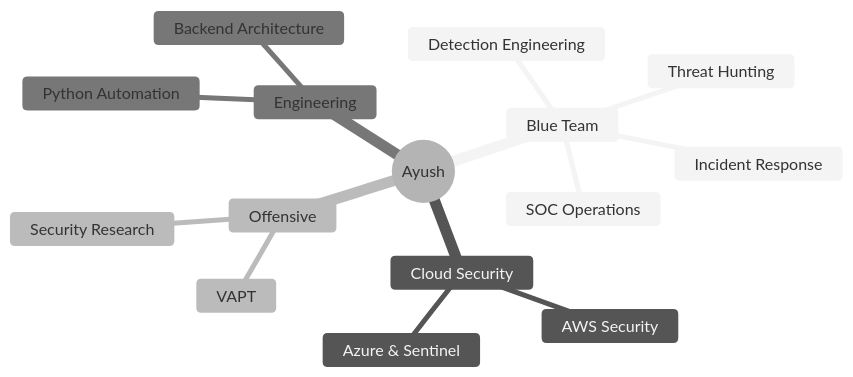
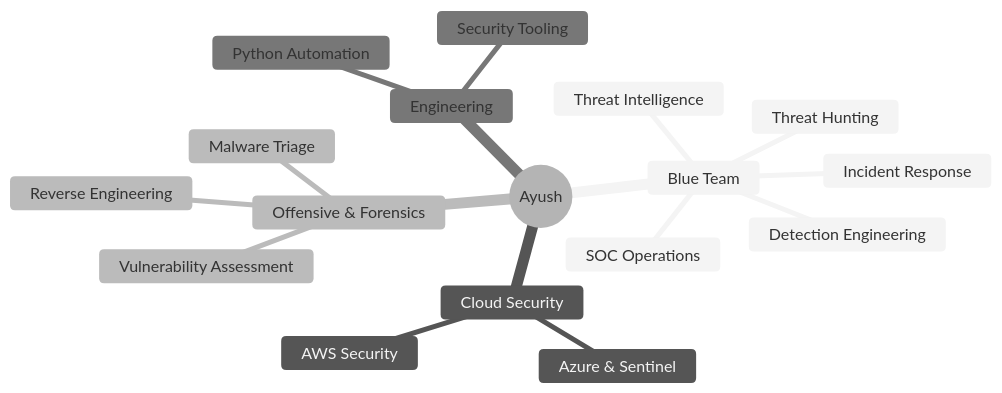
The diagram in README.md (ayushsingh-byte/ayushsingh-byte), drawn with Mermaid (neutral theme) before and after one commit. The commit also changed other lines of this file, not shown here.

````diff
--- a/README.md
+++ b/README.md
@@ -184,18 +202,20 @@
 ```mermaid
 mindmap
   root((Ayush))
     Blue Team
       SOC Operations
       Incident Response
       Detection Engineering
       Threat Hunting
+      Threat Intelligence
     Cloud Security
       AWS Security
       Azure & Sentinel
-    Offensive
-      VAPT
-      Security Research
+    Offensive & Forensics
+      Vulnerability Assessment
+      Malware Triage
+      Reverse Engineering
     Engineering
       Python Automation
-      Backend Architecture
+      Security Tooling
 ```
````
